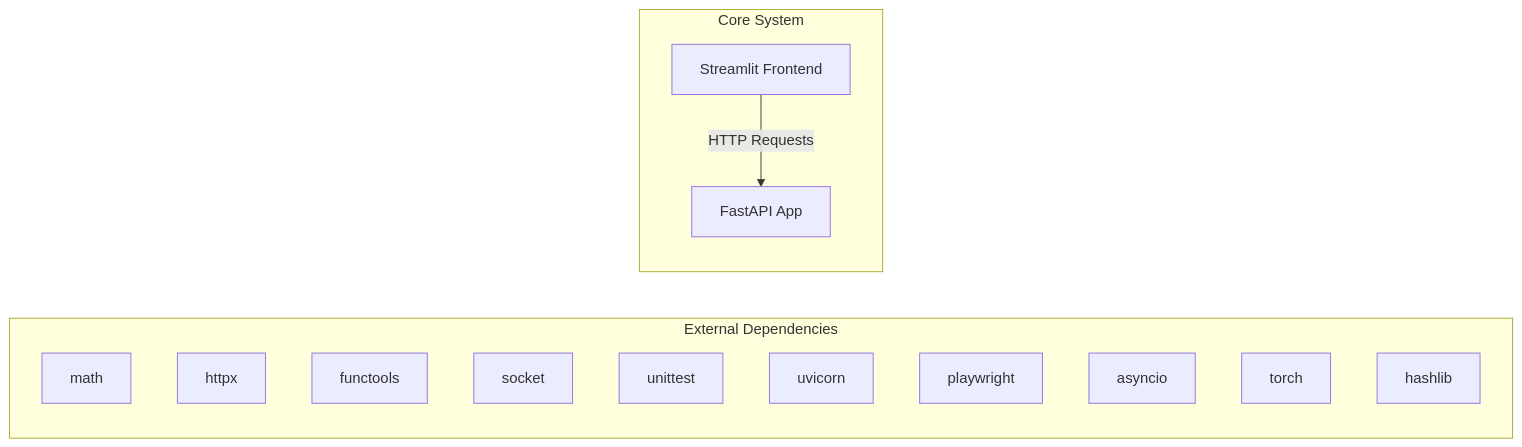
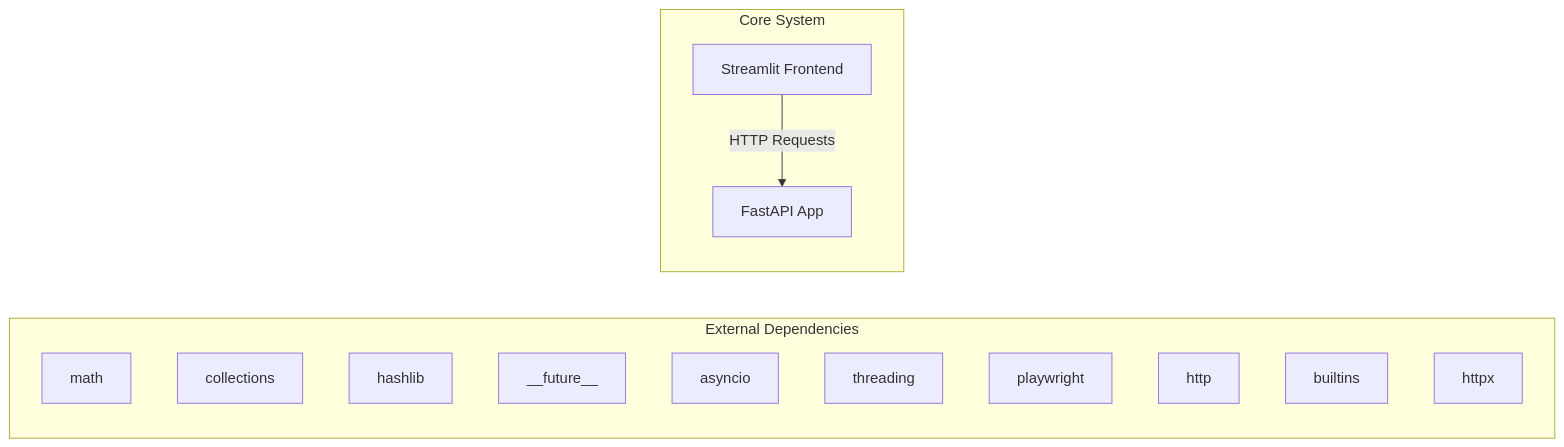
One commit to NITISH-R-G/rag-context-optimizer changed the first of 2 diagrams in docs/architecture.md. Above: the diagram before and after it, drawn with Mermaid. The commit also changed 1 other file, not shown here.

Commit message:
docs: auto-update repository knowledge, architecture diagrams, and documentation

````diff
--- a/docs/architecture.md
+++ b/docs/architecture.md
@@ -7,20 +7,20 @@
 ```mermaid
 graph LR
     subgraph External Dependencies
         E0["math"]
-        E1["httpx"]
-        E2["functools"]
-        E3["socket"]
-        E4["unittest"]
-        E5["uvicorn"]
+        E1["collections"]
+        E2["hashlib"]
+        E3["__future__"]
+        E4["asyncio"]
+        E5["threading"]
         E6["playwright"]
-        E7["asyncio"]
-        E8["torch"]
-        E9["hashlib"]
+        E7["http"]
+        E8["builtins"]
+        E9["httpx"]
     end
     subgraph Core System
         API["FastAPI App"]
         UI["Streamlit Frontend"]
     end
     UI -->|HTTP Requests| API
 ```
````
